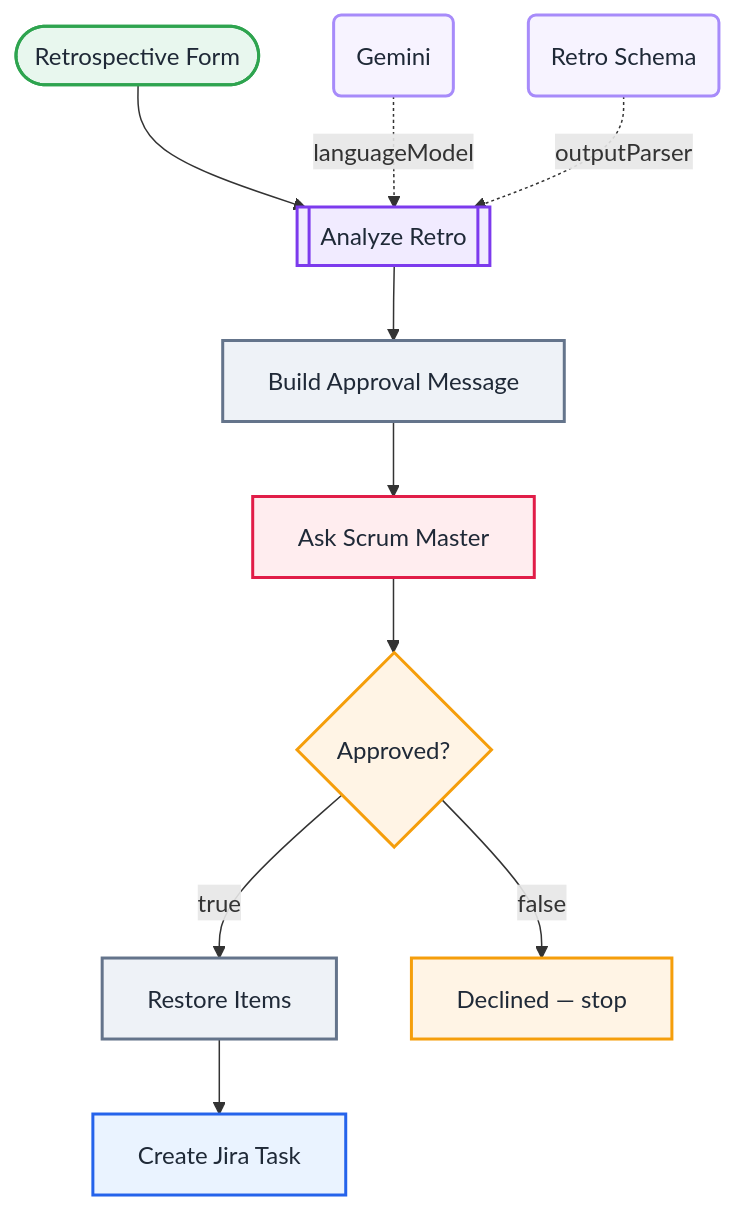
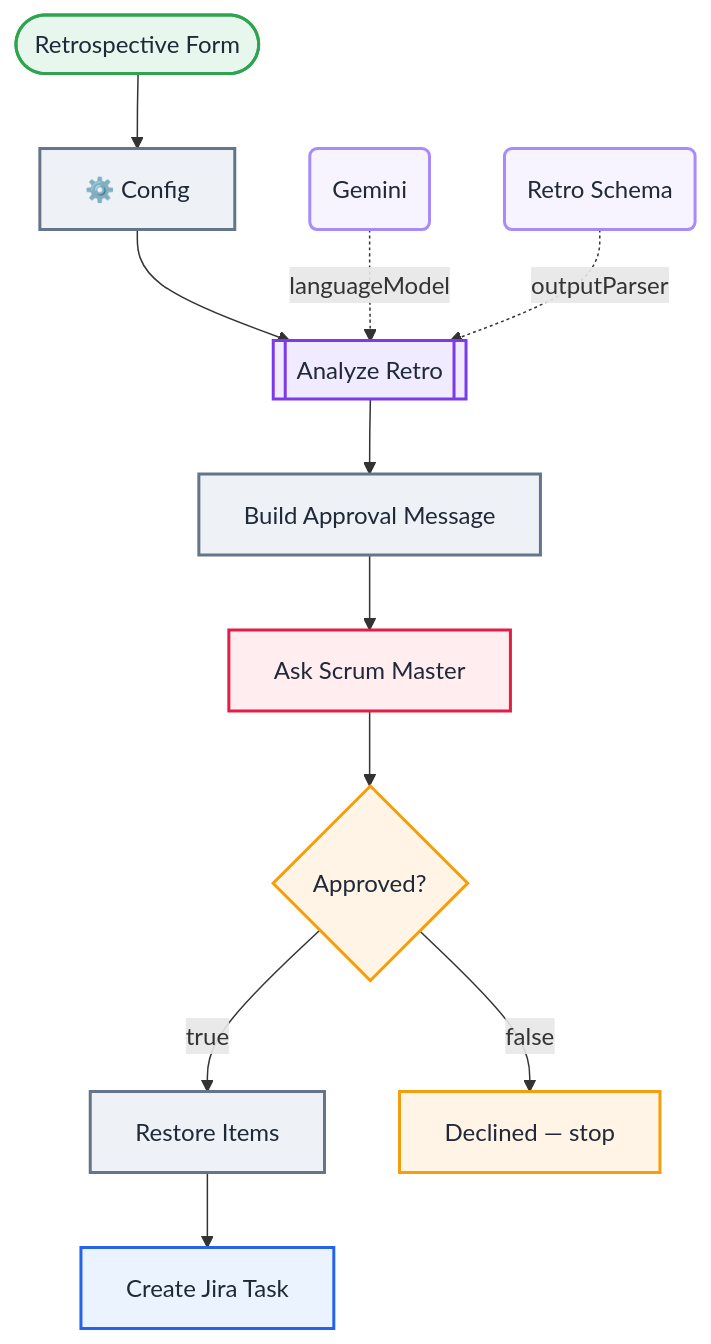
The second of 2 diagrams in workflows/L15-retro-ai-approval-jira/README.md (callme-siva/n8n-knowledge), drawn with Mermaid before and after one commit. The commit also changed other lines of this file and 118 other files, not shown here.

````diff
--- a/workflows/L15-retro-ai-approval-jira/README.md
+++ b/workflows/L15-retro-ai-approval-jira/README.md
@@ -58,30 +58,32 @@
 ```mermaid
 flowchart TB
   n0(["Retrospective Form"]):::trigger
-  n1[["Analyze Retro"]]:::ai
-  n2("Gemini"):::sub
-  n3("Retro Schema"):::sub
-  n4["Build Approval Message"]:::code
-  n5["Ask Scrum Master"]:::msg
-  n6{"Approved?"}:::logic
-  n7["Restore Items"]:::code
-  n8["Create Jira Task"]:::data
-  n9["Declined — stop"]:::logic
+  n1["⚙️ Config"]:::code
+  n2[["Analyze Retro"]]:::ai
+  n3("Gemini"):::sub
+  n4("Retro Schema"):::sub
+  n5["Build Approval Message"]:::code
+  n6["Ask Scrum Master"]:::msg
+  n7{"Approved?"}:::logic
+  n8["Restore Items"]:::code
+  n9["Create Jira Task"]:::data
+  n10["Declined — stop"]:::logic
   n0 --> n1
-  n1 --> n4
-  n4 --> n5
+  n1 --> n2
+  n2 --> n5
   n5 --> n6
-  n6 -->|"true"| n7
-  n6 -->|"false"| n9
-  n7 --> n8
-  n2 -.->|languageModel| n1
-  n3 -.->|outputParser| n1
+  n6 --> n7
+  n7 -->|"true"| n8
+  n7 -->|"false"| n10
+  n8 --> n9
+  n3 -.->|languageModel| n2
+  n4 -.->|outputParser| n2
   classDef trigger fill:#E8F7EE,stroke:#2EA44F,stroke-width:2px,color:#1F2937
   classDef ai fill:#F1EBFF,stroke:#7C3AED,stroke-width:2px,color:#1F2937
   classDef sub fill:#F7F3FF,stroke:#A78BFA,stroke-width:2px,color:#1F2937
   classDef logic fill:#FFF4E5,stroke:#F59E0B,stroke-width:2px,color:#1F2937
   classDef code fill:#EEF2F7,stroke:#64748B,stroke-width:2px,color:#1F2937
   classDef data fill:#EAF3FF,stroke:#2563EB,stroke-width:2px,color:#1F2937
   classDef http fill:#E6FAF8,stroke:#0D9488,stroke-width:2px,color:#1F2937
   classDef msg fill:#FFEDEF,stroke:#E11D48,stroke-width:2px,color:#1F2937
 ```
````
